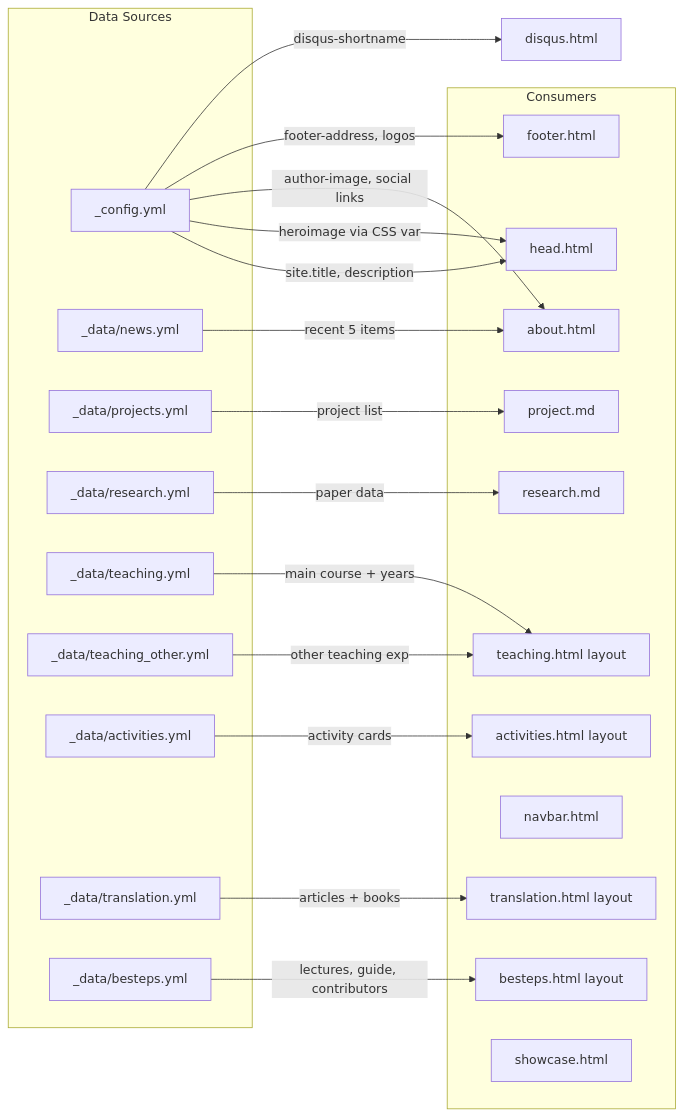
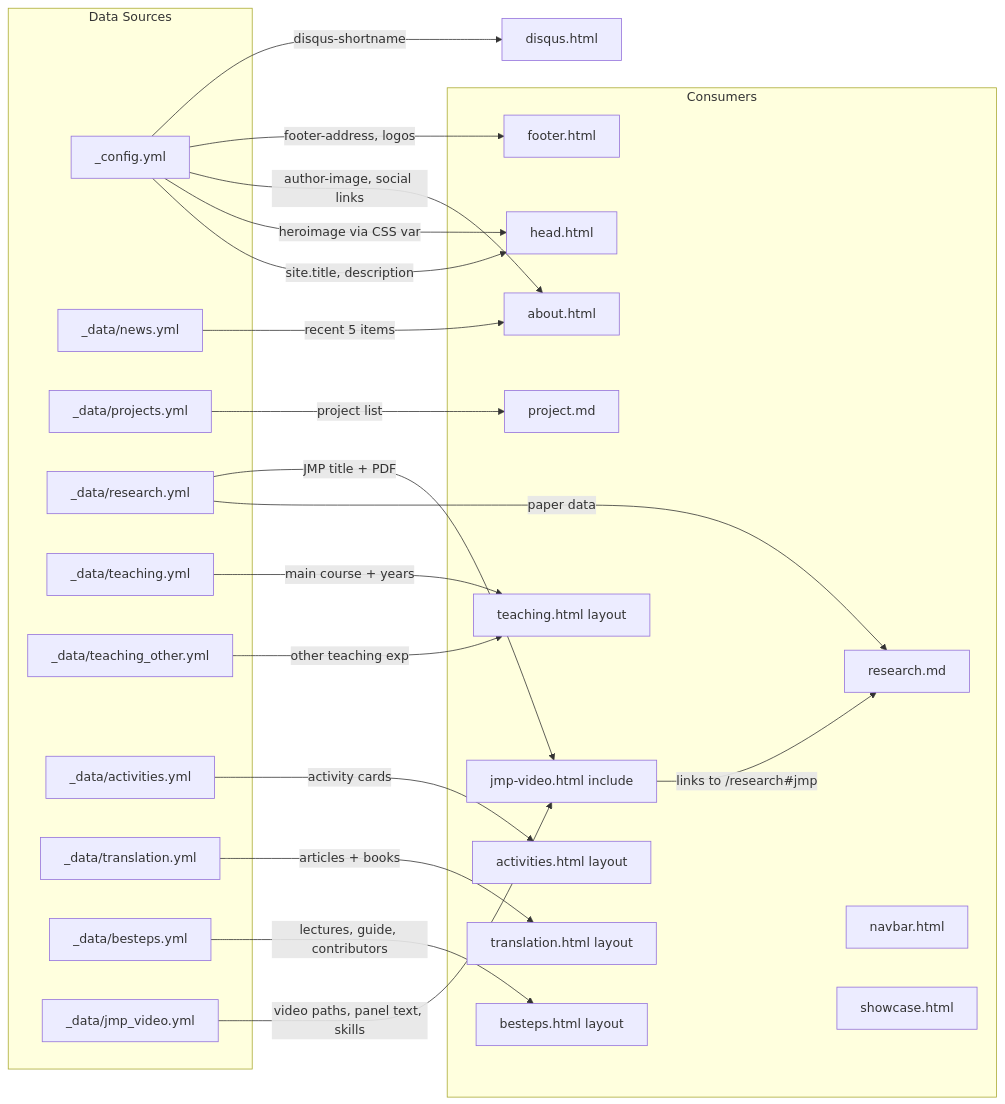
The sixth of 6 diagrams in ARCHITECTURE.md (lin-mengwei/lin-mengwei.github.io), drawn with Mermaid before and after one commit. The commit also changed other lines of this file and 10 other files, not shown here.

First line of the commit message:
Add self-hosted JMP video page

````diff
--- a/ARCHITECTURE.md
+++ b/ARCHITECTURE.md
@@ -252,43 +268,48 @@
 ```mermaid
 graph LR
     subgraph "Data Sources"
         config[_config.yml]
         news[_data/news.yml]
         projects[_data/projects.yml]
         research_yml[_data/research.yml]
         teaching_yml[_data/teaching.yml]
         teaching_other_yml[_data/teaching_other.yml]
         activities_yml[_data/activities.yml]
         translation_yml[_data/translation.yml]
         besteps_yml[_data/besteps.yml]
+        jmp_video_yml[_data/jmp_video.yml]
     end
 
     subgraph "Consumers"
         about[about.html] 
         project_page[project.md]
         research_page[research.md]
         teaching_page[teaching.html layout]
         activities_page[activities.html layout]
         translation_page[translation.html layout]
         besteps_page[besteps.html layout]
+        jmp_video_page[jmp-video.html include]
         navbar[navbar.html]
         footer[footer.html]
         head[head.html]
         showcase[showcase.html]
     end
 
     config -->|site.title, description| head
     config -->|heroimage via CSS var| head
     config -->|author-image, social links| about
     config -->|footer-address, logos| footer
     config -->|disqus-shortname| disqus[disqus.html]
 
     news -->|recent 5 items| about
     projects -->|project list| project_page
     research_yml -->|paper data| research_page
     teaching_yml -->|main course + years| teaching_page
     teaching_other_yml -->|other teaching exp| teaching_page
     activities_yml -->|activity cards| activities_page
     translation_yml -->|articles + books| translation_page
     besteps_yml -->|lectures, guide, contributors| besteps_page
+    jmp_video_yml -->|video paths, panel text, skills| jmp_video_page
+    research_yml -->|JMP title + PDF| jmp_video_page
+    jmp_video_page -->|links to /research#jmp| research_page
 ```
````
